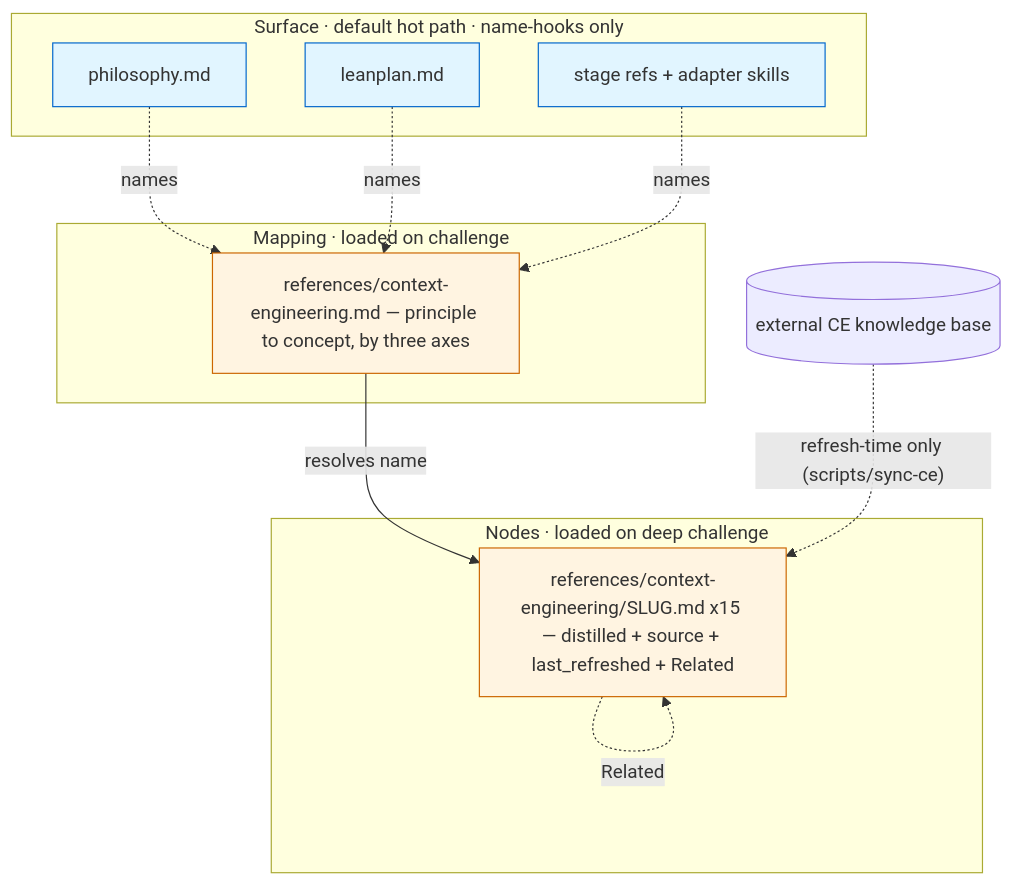
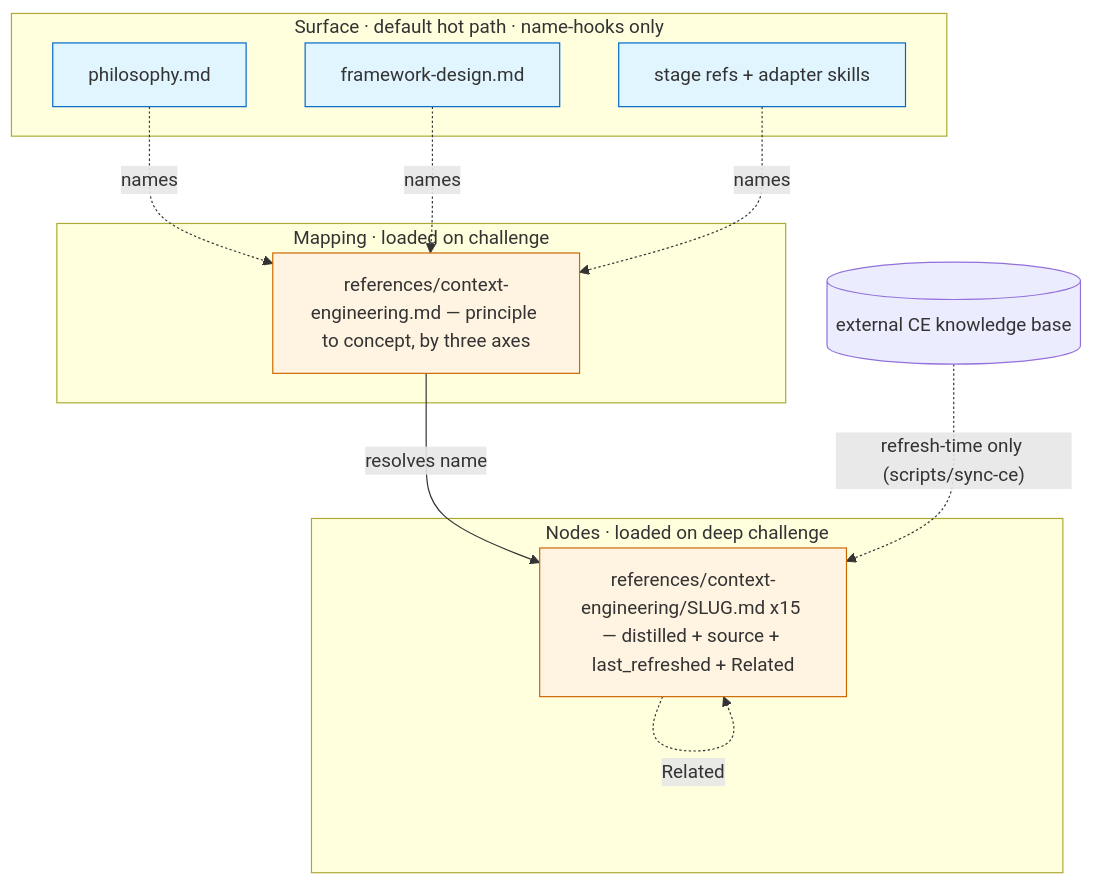
Before and after one commit to mynghn/leanplan: the diagram in docs/features/260619-context-engineering-knowledges-grounding/design.md, drawn with Mermaid. The commit also changed other lines of this file and 23 other files, not shown here.

First line of the commit message:
docs: rename leanplan.md -> framework-design.md; update all references

````diff
--- a/docs/features/260619-context-engineering-knowledges-grounding/design.md
+++ b/docs/features/260619-context-engineering-knowledges-grounding/design.md
@@ -7,27 +7,27 @@
 ```mermaid
 flowchart TD
     subgraph surface [Surface · default hot path · name-hooks only]
       PH[philosophy.md]
-      LP[leanplan.md]
+      LP[framework-design.md]
       SK[stage refs + adapter skills]
     end
     subgraph mapping [Mapping · loaded on challenge]
       CE["references/context-engineering.md — principle to concept, by three axes"]
     end
     subgraph nodes [Nodes · loaded on deep challenge]
       N["references/context-engineering/SLUG.md x15 — distilled + source + last_refreshed + Related"]
     end
     KB[("external CE knowledge base")]
 
     PH -. names .-> CE
     LP -. names .-> CE
     SK -. names .-> CE
     CE -->|resolves name| N
     N -. Related .-> N
     KB -. "refresh-time only (scripts/sync-ce)" .-> N
 
     classDef s fill:#e1f5ff,stroke:#0066cc
     classDef a fill:#fff4e1,stroke:#cc6600
     class PH,LP,SK s
     class CE,N a
 ```
````
